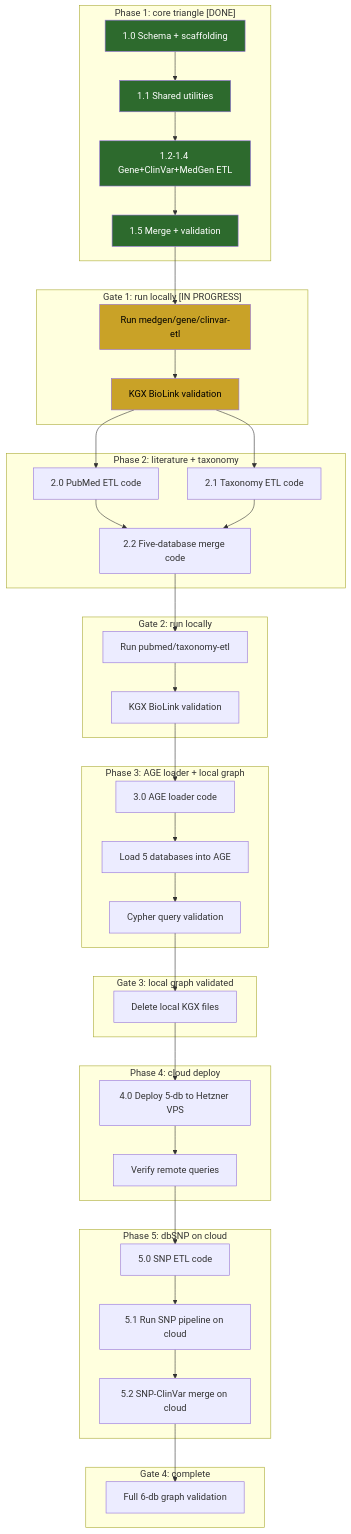
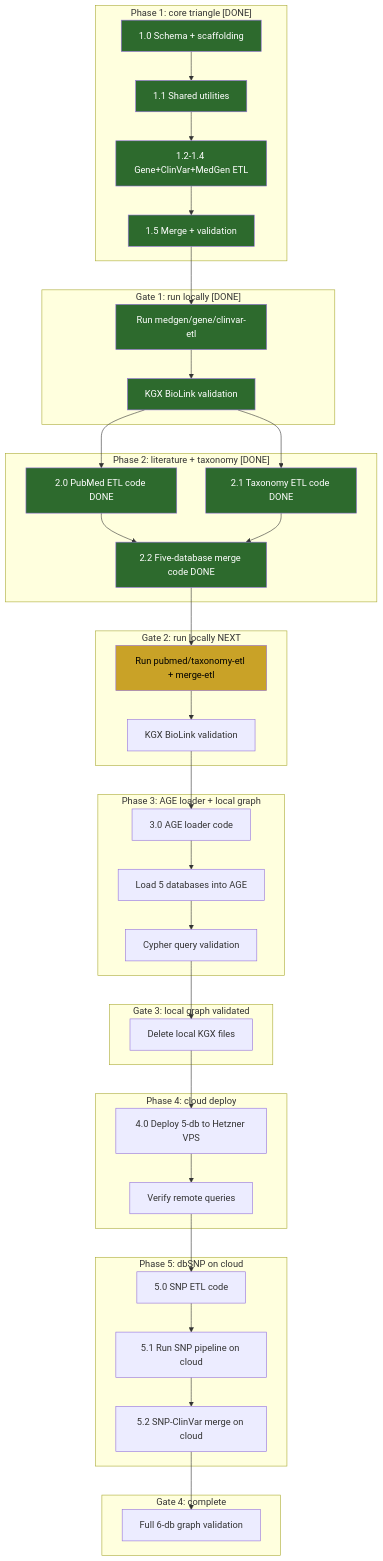
One commit to monideep2255/agentic-search-ui changed the diagram in docs/bossman_execution_plan.md. Above: the diagram before and after it, drawn with Mermaid. The commit also changed other lines of this file and 11 other files, not shown here.

First line of the commit message:
Phase 2.2: 5-database merge pipeline

````diff
--- a/docs/bossman_execution_plan.md
+++ b/docs/bossman_execution_plan.md
@@ -11,67 +11,71 @@
 ```mermaid
 graph TD
     subgraph "Phase 1: core triangle [DONE]"
         P10[1.0 Schema + scaffolding]
         P11[1.1 Shared utilities]
         P12[1.2-1.4 Gene+ClinVar+MedGen ETL]
         P15[1.5 Merge + validation]
         P10 --> P11 --> P12 --> P15
     end
 
-    subgraph "Gate 1: run locally [IN PROGRESS]"
+    subgraph "Gate 1: run locally [DONE]"
         G1R[Run medgen/gene/clinvar-etl]
         G1V[KGX BioLink validation]
         P15 --> G1R --> G1V
     end
 
-    subgraph "Phase 2: literature + taxonomy"
-        P20[2.0 PubMed ETL code]
-        P21[2.1 Taxonomy ETL code]
-        P22[2.2 Five-database merge code]
+    subgraph "Phase 2: literature + taxonomy [DONE]"
+        P20[2.0 PubMed ETL code DONE]
+        P21[2.1 Taxonomy ETL code DONE]
+        P22[2.2 Five-database merge code DONE]
         G1V --> P20 & P21
         P20 & P21 --> P22
     end
 
-    subgraph "Gate 2: run locally"
-        G2R[Run pubmed/taxonomy-etl]
+    subgraph "Gate 2: run locally NEXT"
+        G2R[Run pubmed/taxonomy-etl + merge-etl]
         G2V[KGX BioLink validation]
         P22 --> G2R --> G2V
     end
 
     subgraph "Phase 3: AGE loader + local graph"
         P30[3.0 AGE loader code]
         P30L[Load 5 databases into AGE]
         P30Q[Cypher query validation]
         G2V --> P30 --> P30L --> P30Q
     end
 
     subgraph "Gate 3: local graph validated"
         G3D[Delete local KGX files]
         P30Q --> G3D
     end
 
     subgraph "Phase 4: cloud deploy"
         P40[4.0 Deploy 5-db to Hetzner VPS]
         P40V[Verify remote queries]
         G3D --> P40 --> P40V
     end
 
     subgraph "Phase 5: dbSNP on cloud"
         P50[5.0 SNP ETL code]
         P51[5.1 Run SNP pipeline on cloud]
         P52[5.2 SNP-ClinVar merge on cloud]
         P40V --> P50 --> P51 --> P52
     end
 
     subgraph "Gate 4: complete"
         G4V[Full 6-db graph validation]
         P52 --> G4V
     end
 
     style P10 fill:#2d6a2d,color:#fff
     style P11 fill:#2d6a2d,color:#fff
     style P12 fill:#2d6a2d,color:#fff
     style P15 fill:#2d6a2d,color:#fff
-    style G1R fill:#c9a227,color:#000
-    style G1V fill:#c9a227,color:#000
+    style G1R fill:#2d6a2d,color:#fff
+    style G1V fill:#2d6a2d,color:#fff
+    style P20 fill:#2d6a2d,color:#fff
+    style P21 fill:#2d6a2d,color:#fff
+    style P22 fill:#2d6a2d,color:#fff
+    style G2R fill:#c9a227,color:#000
 ```
````
